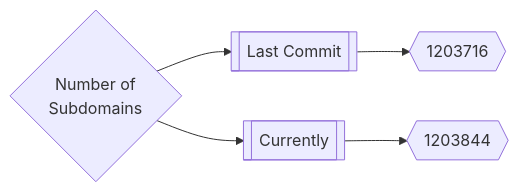
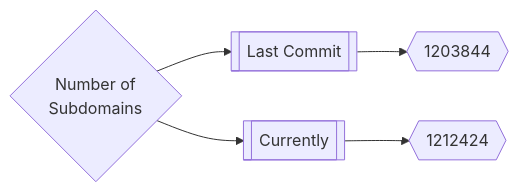
The first of 3 diagrams in README.md (trickest/inventory), drawn with Mermaid before and after one commit. The commit also changed other lines of this file, not shown here.

Commit message:
Update Sun Apr  3 10:16:25 UTC 2022

````diff
--- a/README.md
+++ b/README.md
@@ -165,5 +165,5 @@
 ```mermaid
 graph LR
-title{Number of<br>Subdomains} --> subdomainsDate1[[Last Commit]] --> subdomainsNum1{{1203716}}
-title --> subdomainsDate2[[Currently]] --> subdomainsNum2{{1203844}}
+title{Number of<br>Subdomains} --> subdomainsDate1[[Last Commit]] --> subdomainsNum1{{1203844}}
+title --> subdomainsDate2[[Currently]] --> subdomainsNum2{{1212424}}
 ```
````
